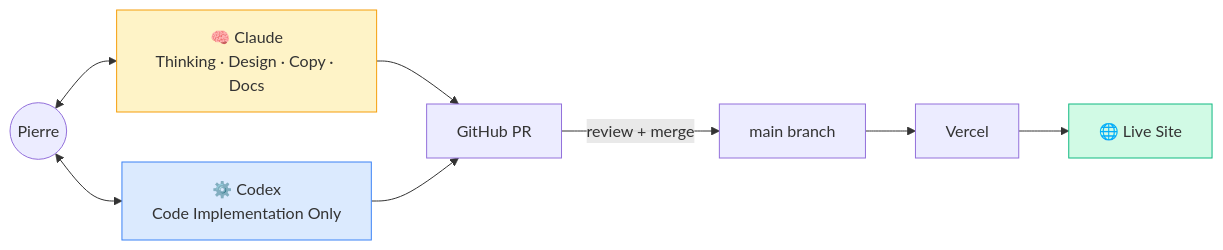
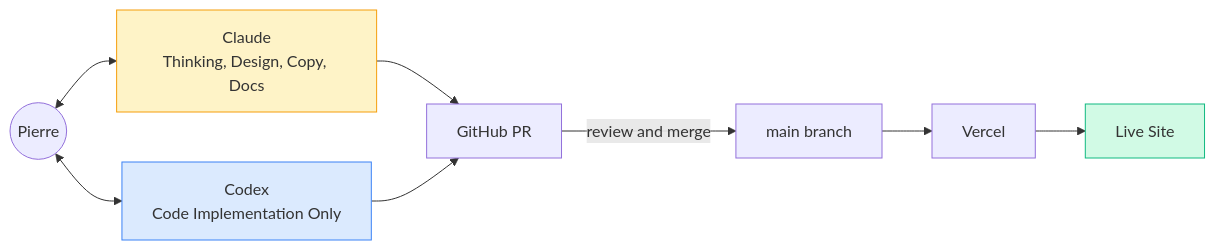
One commit to belonsavon-sys/portfolio changed the third of 3 diagrams in README.md. Above: the diagram before and after it, drawn with Mermaid. The commit also changed other lines of this file and 4 other files, not shown here.

First line of the commit message:
fix: repair all 11 mermaid diagrams for GitHub rendering

````diff
--- a/README.md
+++ b/README.md
@@ -76,22 +76,22 @@
 ```mermaid
 flowchart LR
     Pierre((Pierre))
-    Claude[🧠 Claude<br/>Thinking · Design · Copy · Docs]
-    Codex[⚙️ Codex<br/>Code Implementation Only]
+    Claude["Claude<br/>Thinking, Design, Copy, Docs"]
+    Codex["Codex<br/>Code Implementation Only"]
     PR[GitHub PR]
     Main[main branch]
     Vercel[Vercel]
-    Live[🌐 Live Site]
+    Live[Live Site]
 
     Pierre <--> Claude
     Pierre <--> Codex
     Claude --> PR
     Codex --> PR
-    PR -->|review + merge| Main
+    PR -->|review and merge| Main
     Main --> Vercel
     Vercel --> Live
 
     style Claude fill:#fef3c7,stroke:#f59e0b
     style Codex fill:#dbeafe,stroke:#3b82f6
     style Live fill:#d1fae5,stroke:#10b981
 ```
````
